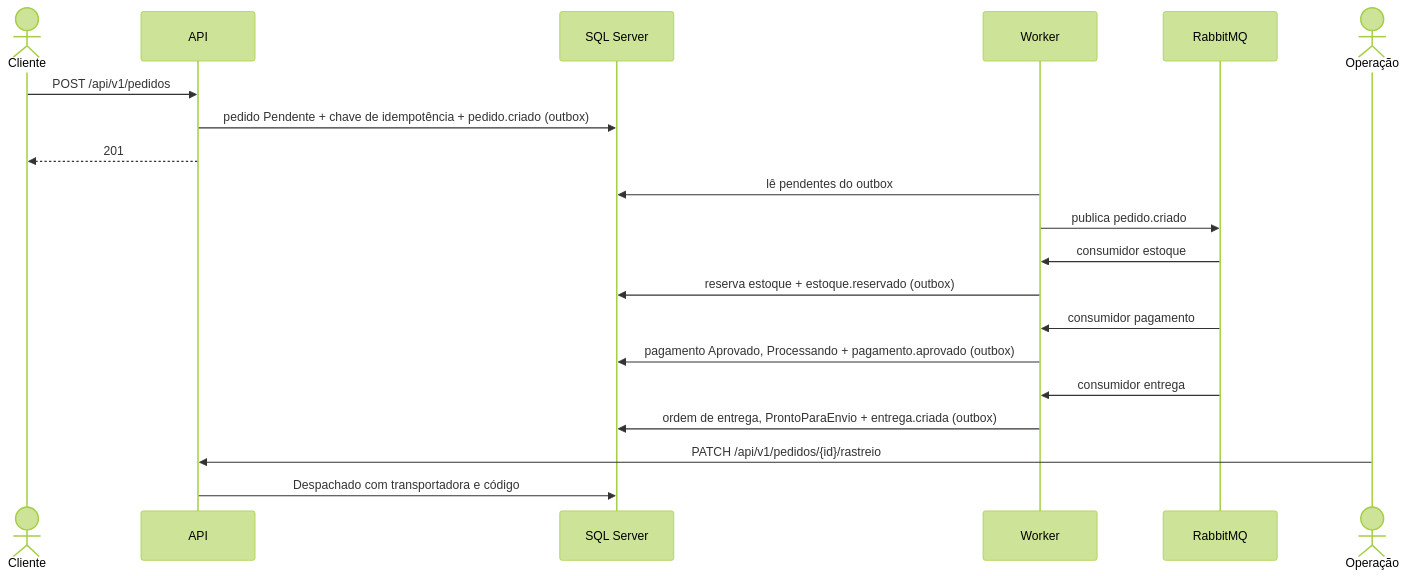
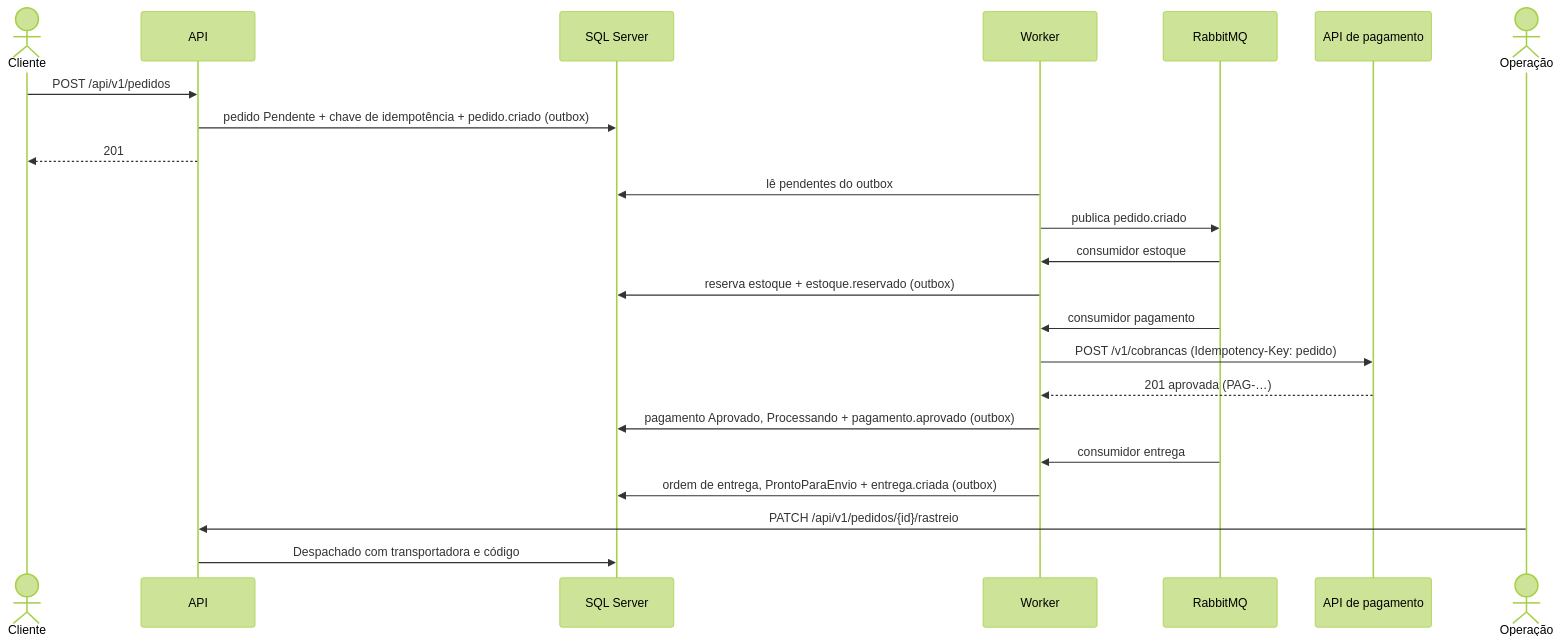
The first of 2 diagrams in docs/fluxos/README.md (LucasFrenhan/Order-Management-System), drawn with Mermaid (forest theme) before and after one commit. The commit also changed other lines of this file and 12 other files, not shown here.

````diff
--- a/docs/fluxos/README.md
+++ b/docs/fluxos/README.md
@@ -26,22 +27,25 @@
 ```mermaid
 sequenceDiagram
     actor C as Cliente
     participant API
     participant DB as SQL Server
     participant W as Worker
     participant MQ as RabbitMQ
+    participant P as API de pagamento
     actor O as Operação
     C->>API: POST /api/v1/pedidos
     API->>DB: pedido Pendente + chave de idempotência + pedido.criado (outbox)
     API-->>C: 201
     W->>DB: lê pendentes do outbox
     W->>MQ: publica pedido.criado
     MQ->>W: consumidor estoque
     W->>DB: reserva estoque + estoque.reservado (outbox)
     MQ->>W: consumidor pagamento
+    W->>P: POST /v1/cobrancas (Idempotency-Key: pedido)
+    P-->>W: 201 aprovada (PAG-…)
     W->>DB: pagamento Aprovado, Processando + pagamento.aprovado (outbox)
     MQ->>W: consumidor entrega
     W->>DB: ordem de entrega, ProntoParaEnvio + entrega.criada (outbox)
     O->>API: PATCH /api/v1/pedidos/{id}/rastreio
     API->>DB: Despachado com transportadora e código
 ```
````
